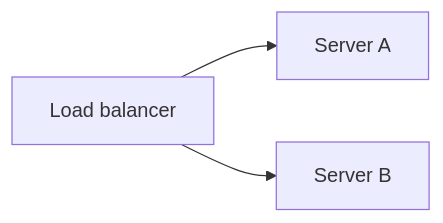
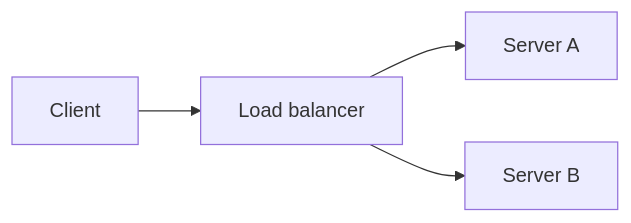
The third of 21 diagrams in 12-reliability-engineering/README.md (hareramcse/SystemDesign), drawn with Mermaid before and after one commit. The commit also changed other lines of this file, not shown here.

````diff
--- a/12-reliability-engineering/README.md
+++ b/12-reliability-engineering/README.md
@@ -138,5 +112,6 @@
 ```mermaid
 flowchart LR
-    LB[Load balancer] --> SA[Server A]
+    Client[Client] --> LB[Load balancer]
+    LB --> SA[Server A]
     LB --> SB[Server B]
 ```
````
